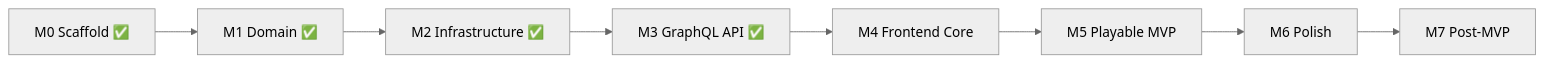
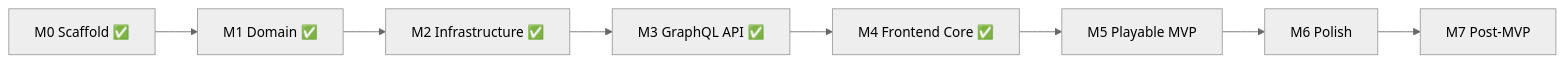
One commit to tiago4vita/6-nimmt changed the diagram in .cursor/roadmap.md. Above: the diagram before and after it, drawn with Mermaid (neutral theme). The commit also changed other lines of this file and 17 other files, not shown here.

````diff
--- a/.cursor/roadmap.md
+++ b/.cursor/roadmap.md
@@ -52,10 +50,10 @@
 ```mermaid
 flowchart LR
   M0[M0 Scaffold ✅] --> M1[M1 Domain ✅]
   M1 --> M2[M2 Infrastructure ✅]
   M2 --> M3[M3 GraphQL API ✅]
-  M3 --> M4[M4 Frontend Core]
+  M3 --> M4[M4 Frontend Core ✅]
   M4 --> M5[M5 Playable MVP]
   M5 --> M6[M6 Polish]
   M6 --> M7[M7 Post-MVP]
 ```
````
